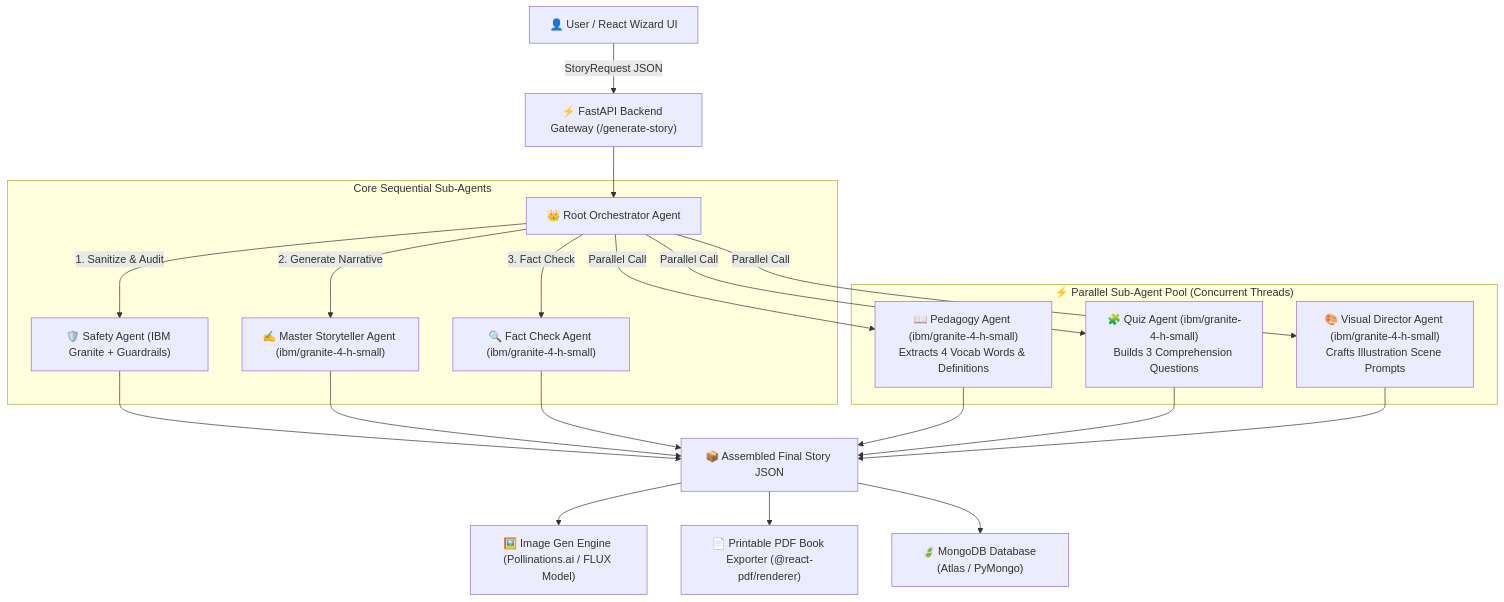
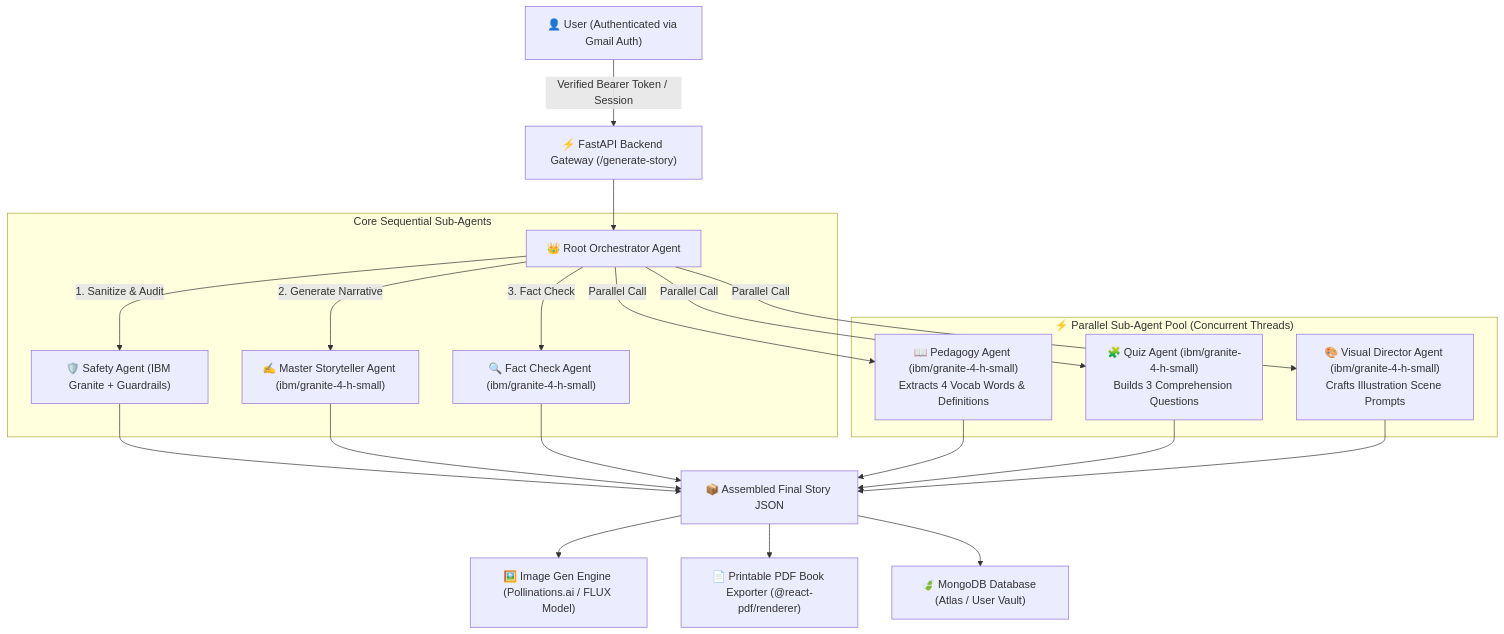
Before and after one commit to Rohith84/StorySprout: the second of 3 diagrams in README.md, drawn with Mermaid. The commit also changed other lines of this file, not shown here.

Commit message:
docs: update README with Gmail auth, multi-user personas, and revised feature matrix

````diff
--- a/README.md
+++ b/README.md
@@ -91,28 +105,28 @@
 ```mermaid
 flowchart TD
-    User["👤 User / React Wizard UI"] -->|"StoryRequest JSON"| Gateway["⚡ FastAPI Backend Gateway (/generate-story)"]
+    User["👤 User (Authenticated via Gmail Auth)"] -->|"Verified Bearer Token / Session"| Gateway["⚡ FastAPI Backend Gateway (/generate-story)"]
     Gateway --> Orchestrator["👑 Root Orchestrator Agent"]
 
     subgraph SequentialAgents["Core Sequential Sub-Agents"]
         Orchestrator -->|"1. Sanitize & Audit"| Safety["🛡️ Safety Agent (IBM Granite + Guardrails)"]
         Orchestrator -->|"2. Generate Narrative"| Storyteller["✍️ Master Storyteller Agent (ibm/granite-4-h-small)"]
         Orchestrator -->|"3. Fact Check"| FactCheck["🔍 Fact Check Agent (ibm/granite-4-h-small)"]
     end
 
     subgraph ParallelAgents["⚡ Parallel Sub-Agent Pool (Concurrent Threads)"]
         Orchestrator -->|"Parallel Call"| Pedagogy["📖 Pedagogy Agent (ibm/granite-4-h-small)<br/>Extracts 4 Vocab Words & Definitions"]
         Orchestrator -->|"Parallel Call"| Quiz["🧩 Quiz Agent (ibm/granite-4-h-small)<br/>Builds 3 Comprehension Questions"]
         Orchestrator -->|"Parallel Call"| Visual["🎨 Visual Director Agent (ibm/granite-4-h-small)<br/>Crafts Illustration Scene Prompts"]
     end
 
     Safety --> FinalJSON["📦 Assembled Final Story JSON"]
     Storyteller --> FinalJSON
     FactCheck --> FinalJSON
     Pedagogy --> FinalJSON
     Quiz --> FinalJSON
     Visual --> FinalJSON
 
     FinalJSON --> ImageGen["🖼️ Image Gen Engine (Pollinations.ai / FLUX Model)"]
     FinalJSON --> PDFBook["📄 Printable PDF Book Exporter (@react-pdf/renderer)"]
-    FinalJSON --> Mongo["🍃 MongoDB Database (Atlas / PyMongo)"]
+    FinalJSON --> Mongo["🍃 MongoDB Database (Atlas / User Vault)"]
 ```
````
